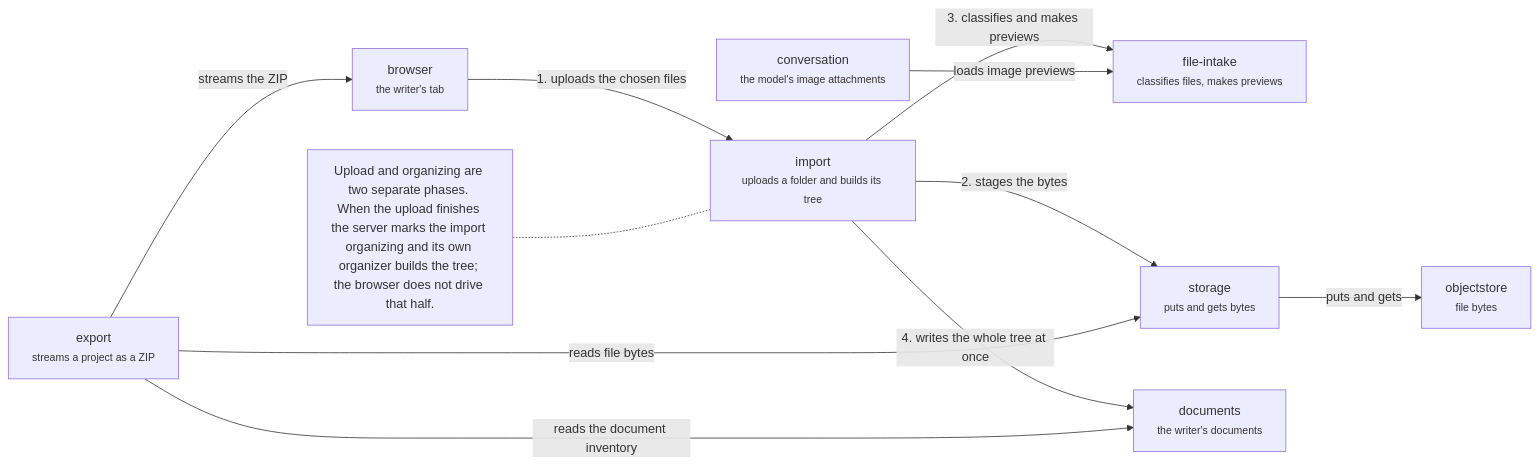
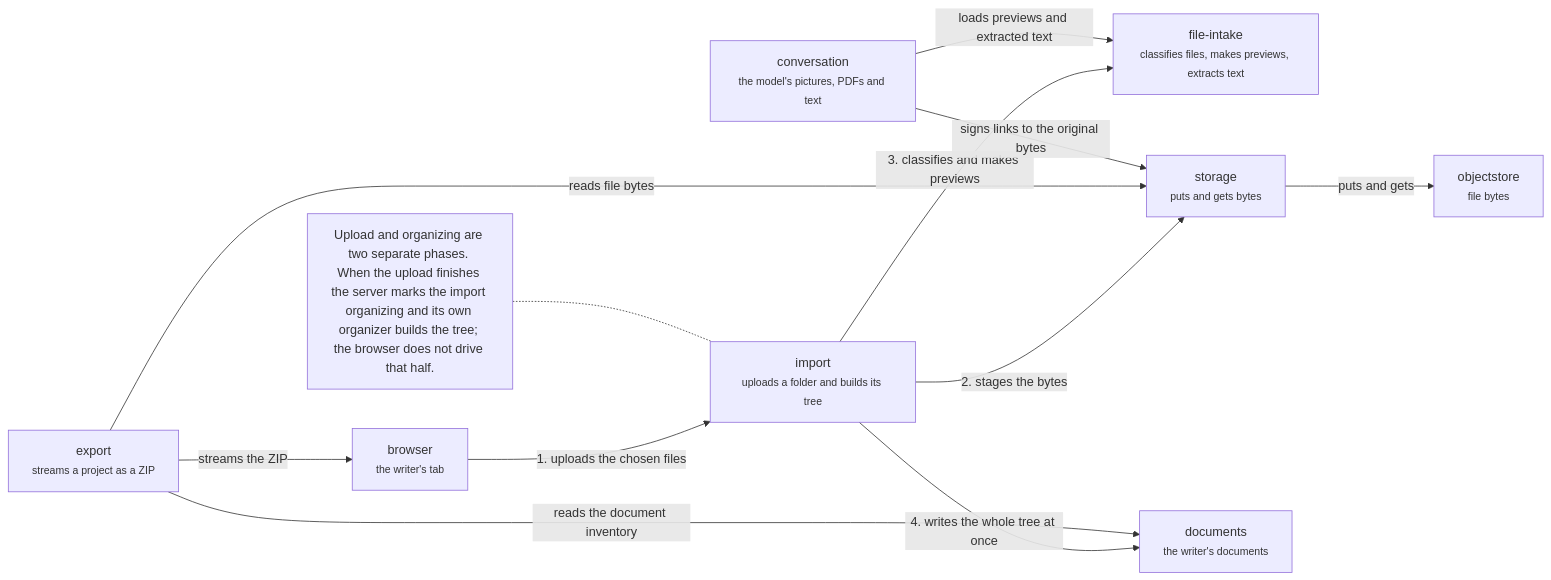
One commit to haowjy/meridian-flow changed the diagram in .context/system-architecture/server-files.md. Above: the diagram before and after it, drawn with Mermaid. The commit also changed other lines of this file and 67 other files, not shown here.

````diff
--- a/.context/system-architecture/server-files.md
+++ b/.context/system-architecture/server-files.md
@@ -5,22 +5,23 @@
 ```mermaid
 flowchart LR
   import["import<br/><small>uploads a folder and builds its tree</small>"]:::domain
   export["export<br/><small>streams a project as a ZIP</small>"]:::domain
-  file-intake["file-intake<br/><small>classifies files, makes previews</small>"]:::domain
+  file-intake["file-intake<br/><small>classifies files, makes previews, extracts text</small>"]:::domain
   storage["storage<br/><small>puts and gets bytes</small>"]:::domain
   browser["browser<br/><small>the writer's tab</small>"]:::context
   documents["documents<br/><small>the writer's documents</small>"]:::context
-  conversation["conversation<br/><small>the model's image attachments</small>"]:::context
+  conversation["conversation<br/><small>the model's pictures, PDFs and text</small>"]:::context
   objectstore["objectstore<br/><small>file bytes</small>"]:::context
   browser -->|"1. uploads the chosen files"| import
   import -->|"2. stages the bytes"| storage
   import -->|"3. classifies and makes previews"| file-intake
   import -->|"4. writes the whole tree at once"| documents
   storage -->|"puts and gets"| objectstore
   export -->|"reads the document inventory"| documents
   export -->|"reads file bytes"| storage
   export -->|"streams the ZIP"| browser
-  conversation -->|"loads image previews"| file-intake
+  conversation -->|"loads previews and extracted text"| file-intake
+  conversation -->|"signs links to the original bytes"| storage
   note1["Upload and organizing are two separate phases. When the upload finishes the server marks the import organizing and its own organizer builds the tree; the browser does not drive that half."]:::note
   note1 -.- import
 ```
````
